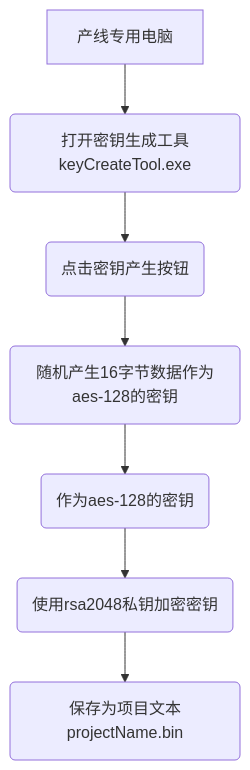
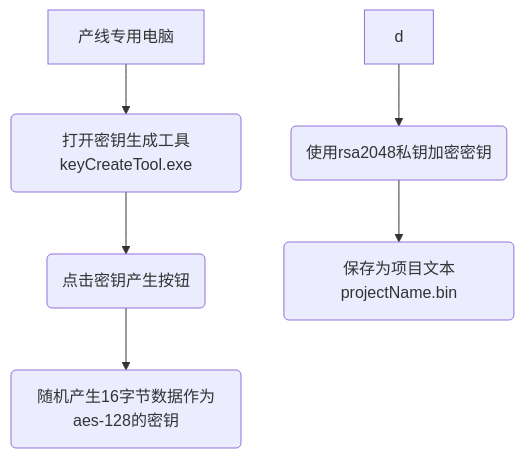
Before and after one commit to facebook-cloud/iodraw-files: the diagram in all/未命名-3.md, drawn with Mermaid.

Commit message:
2026-01-05 14:31:08 update

````diff
--- a/all/未命名-3.md
+++ b/all/未命名-3.md
@@ -1,10 +1,10 @@
 ```mermaid
 graph TD
     A[产线专用电脑] --> B(打开密钥生成工具keyCreateTool.exe)
     B --> C(点击密钥产生按钮)
     C --> D(随机产生16字节数据作为aes-128的密钥)
-    D --> E(作为aes-128的密钥)
-    E --> F(使用rsa2048私钥加密密钥)
+
+    d --> F(使用rsa2048私钥加密密钥)
     F --> G(保存为项目文本projectName.bin)
 
 ```
````
